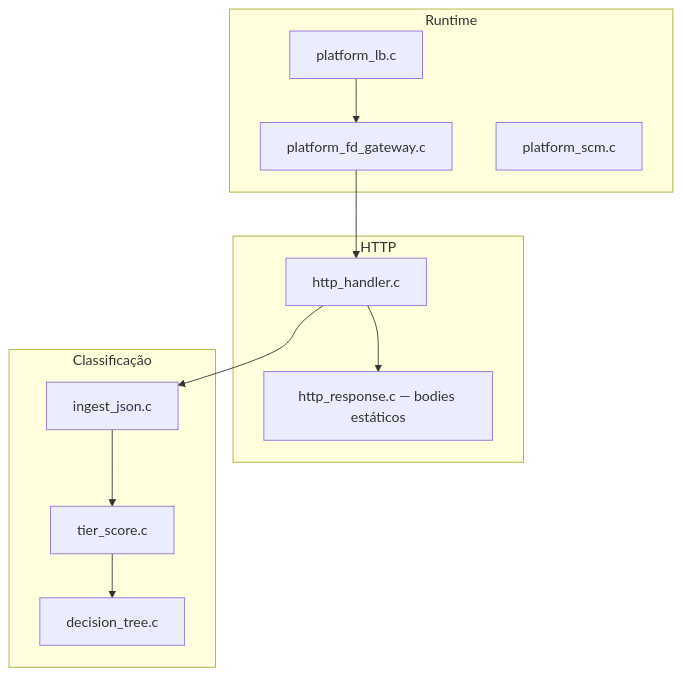
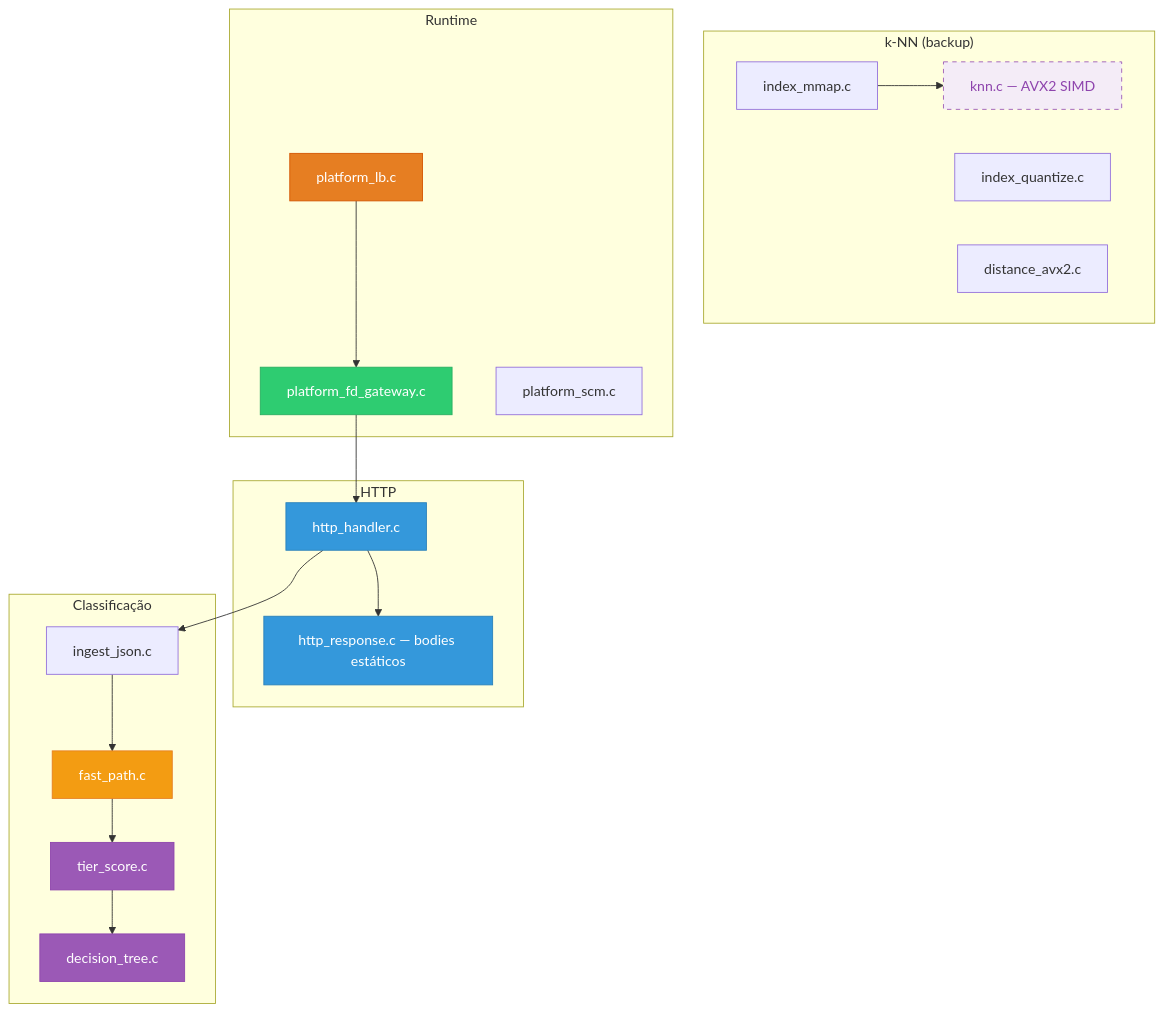
The second of 9 diagrams in README.md (adsanla/rinha2026), drawn with Mermaid before and after one commit. The commit also changed other lines of this file and 4 other files, not shown here.

````diff
--- a/README.md
+++ b/README.md
@@ -34,21 +46,38 @@
 ```mermaid
 flowchart TB
-    subgraph http [HTTP]
+    subgraph http ["HTTP"]
         H[http_handler.c]
         R[http_response.c — bodies estáticos]
     end
-    subgraph score [Classificação]
+    subgraph score ["Classificação"]
+        FP[fast_path.c]
         Z[tier_score.c]
         D[decision_tree.c]
         J[ingest_json.c]
     end
-    subgraph platform [Runtime]
+    subgraph knn_mod ["k-NN (backup)"]
+        K[knn.c — AVX2 SIMD]
+        IM[index_mmap.c]
+        IQ[index_quantize.c]
+        DA[distance_avx2.c]
+    end
+    subgraph platform ["Runtime"]
         LB[platform_lb.c]
         FD[platform_fd_gateway.c]
         SCM[platform_scm.c]
     end
-    H --> J --> Z --> D
+    H --> J --> FP --> Z --> D
     H --> R
     FD --> H
     LB --> FD
+    IM --> K
+
+    style FP fill:#f39c12,color:#fff,stroke:#e67e22
+    style Z fill:#9b59b6,color:#fff,stroke:#8e44ad
+    style D fill:#9b59b6,color:#fff,stroke:#8e44ad
+    style K fill:#f4ecf7,color:#8e44ad,stroke:#9b59b6,stroke-dasharray: 5 5
+    style H fill:#3498db,color:#fff,stroke:#2980b9
+    style R fill:#3498db,color:#fff,stroke:#2980b9
+    style LB fill:#e67e22,color:#fff,stroke:#d35400
+    style FD fill:#2ecc71,color:#fff,stroke:#27ae60
 ```
````
